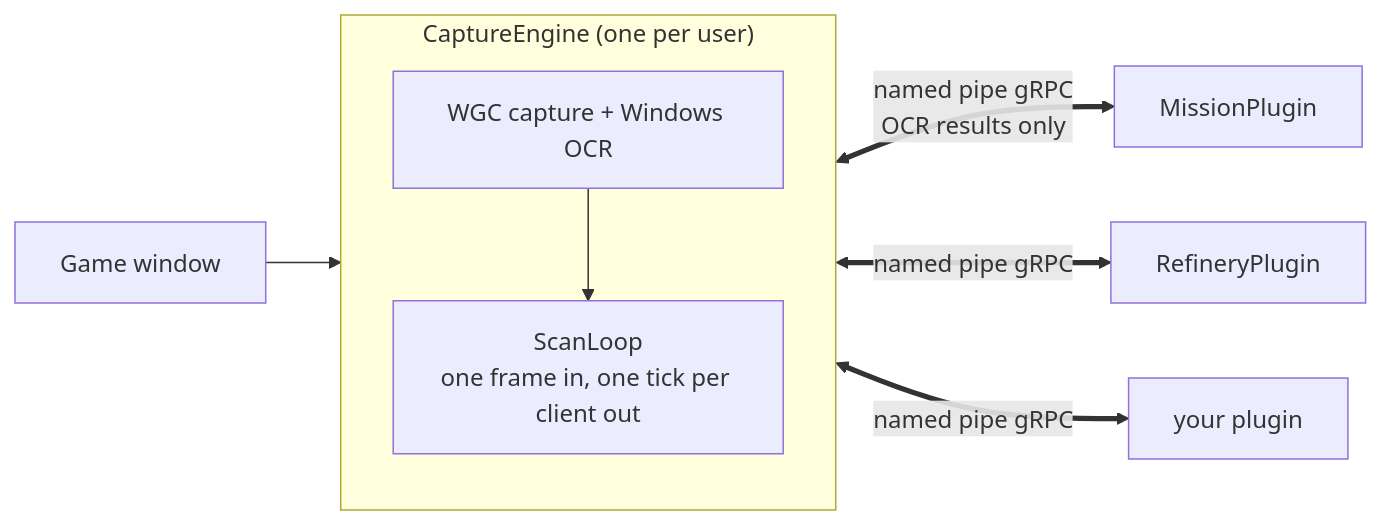
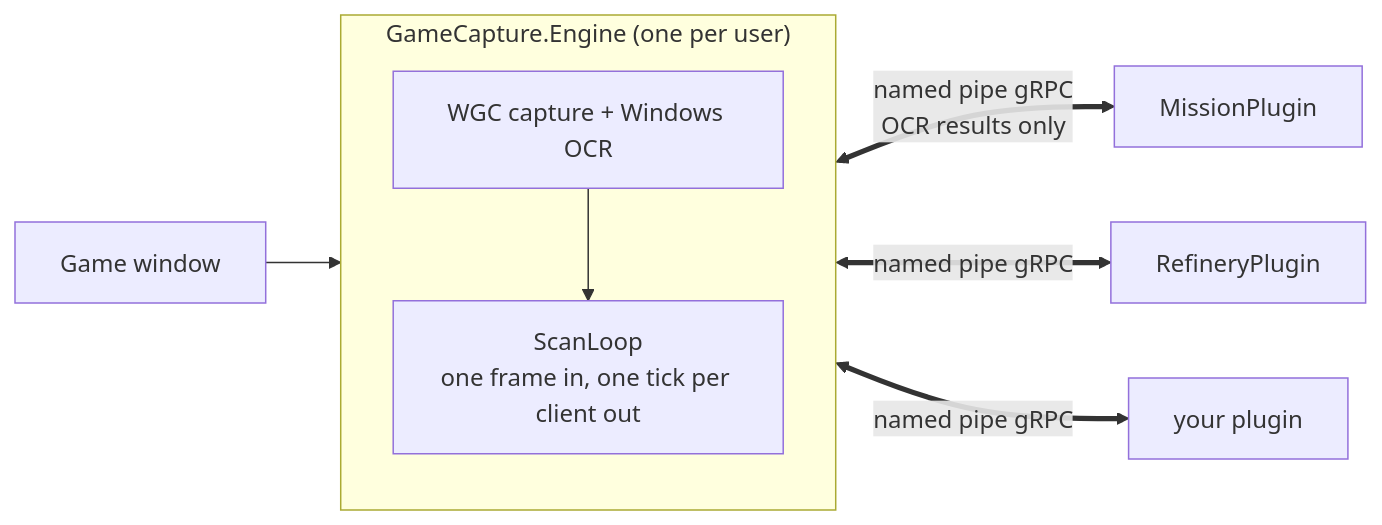
One commit to PetitCastor/StarCitizenTracker changed the diagram in README.md. Above: the diagram before and after it, drawn with Mermaid. The commit also changed other lines of this file and 291 other files, not shown here.

First line of the commit message:
rename(sdk): de-brand engine/contracts/SDK to GameCapture (TASK-16.5) (#29)

````diff
--- a/README.md
+++ b/README.md
@@ -19,14 +19,14 @@
 ```mermaid
 flowchart LR
     Screen["Game window"] --> Engine
 
-    subgraph Engine["CaptureEngine (one per user)"]
+    subgraph Engine["GameCapture.Engine (one per user)"]
         Cap["WGC capture + Windows OCR"]
         Loop["ScanLoop<br/>one frame in, one tick per client out"]
         Cap --> Loop
     end
 
     Engine <==>|"named pipe gRPC<br/>OCR results only"| P1["MissionPlugin"]
     Engine <==>|"named pipe gRPC"| P2["RefineryPlugin"]
     Engine <==>|"named pipe gRPC"| P3["your plugin"]
 ```
````
